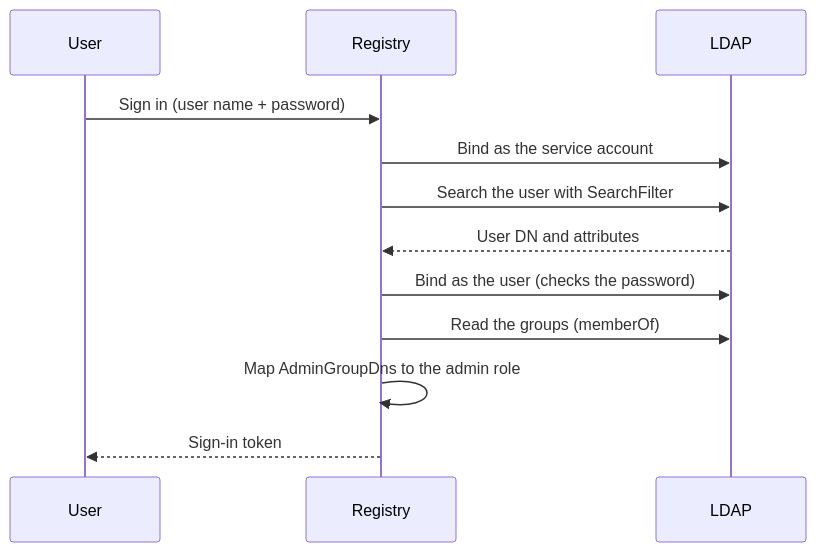
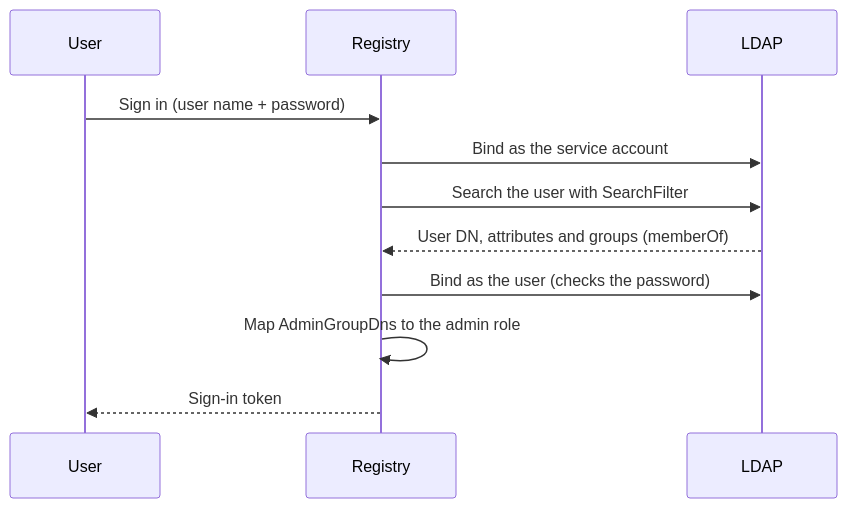
One commit to DroneDB/docs changed the diagram in docs/self-hosting/ldap.mdx. Above: the diagram before and after it, drawn with Mermaid. The commit also changed other lines of this file and 6 other files, not shown here.

````diff
--- a/docs/self-hosting/ldap.mdx
+++ b/docs/self-hosting/ldap.mdx
@@ -19,14 +19,13 @@
 ```mermaid
 sequenceDiagram
     participant User
     participant Registry
     participant LDAP
     User->>Registry: Sign in (user name + password)
     Registry->>LDAP: Bind as the service account
     Registry->>LDAP: Search the user with SearchFilter
-    LDAP-->>Registry: User DN and attributes
+    LDAP-->>Registry: User DN, attributes and groups (memberOf)
     Registry->>LDAP: Bind as the user (checks the password)
-    Registry->>LDAP: Read the groups (memberOf)
     Registry->>Registry: Map AdminGroupDns to the admin role
     Registry-->>User: Sign-in token
 ```
````
